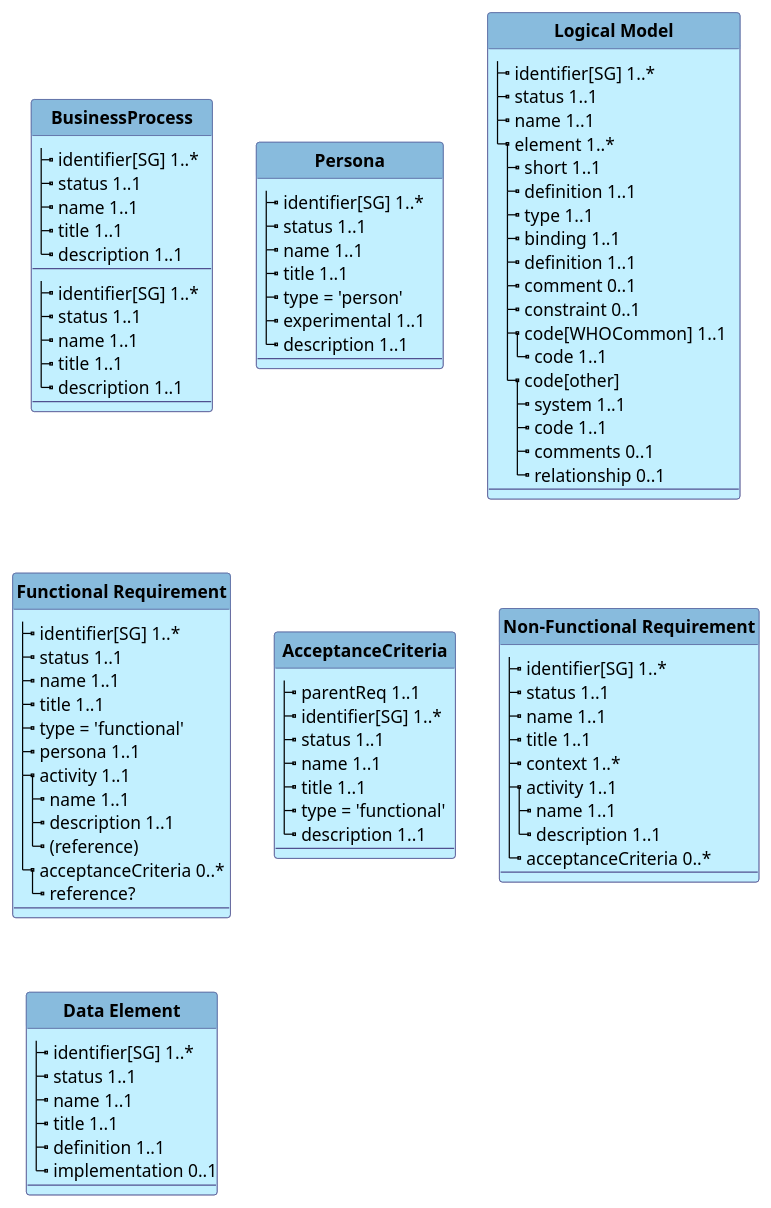
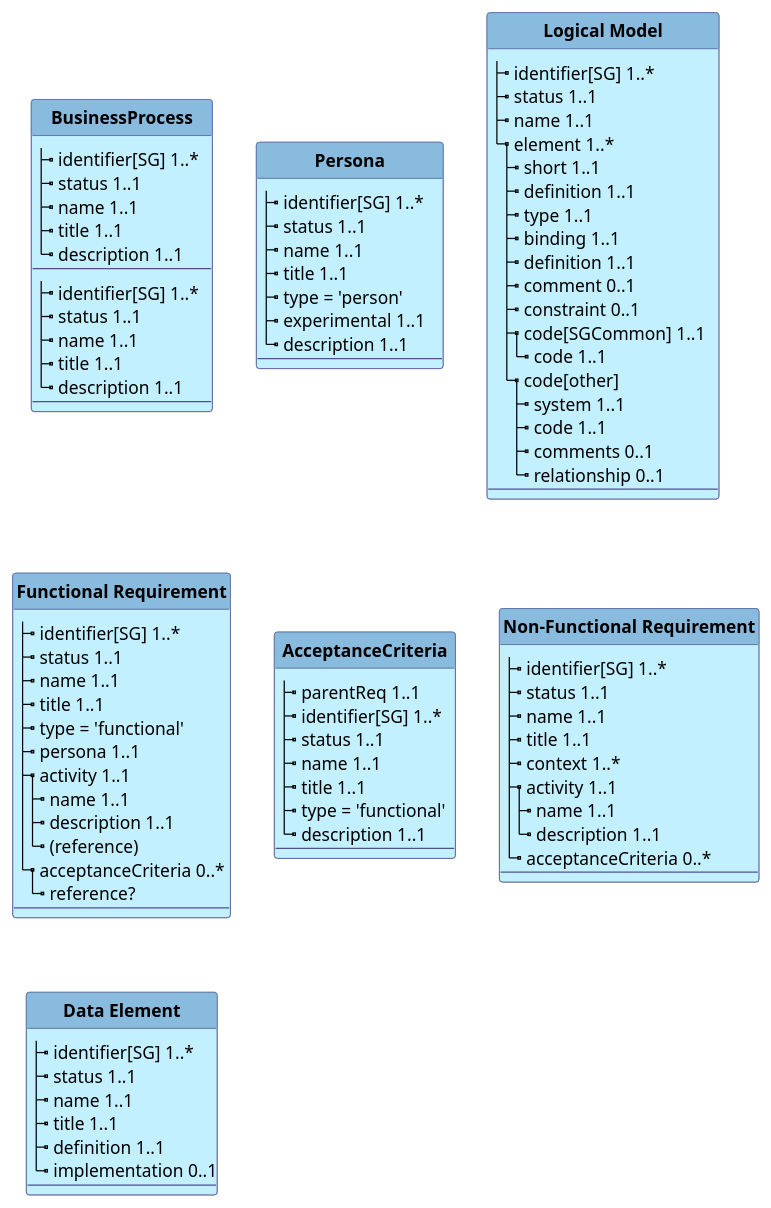
Before and after one commit to WorldHealthOrganization/smart-ig-starter-kit: the diagram in input/images-source/model_overall.plantuml, drawn with PlantUML. The commit also changed 8 other files, not shown here.

```diff
--- a/input/images-source/model_overall.plantuml
+++ b/input/images-source/model_overall.plantuml
@@ -1,131 +1,131 @@
 @startuml
 'skinparam linetype ortho
 skinparam linetype polyline
 hide circle
 hide stereotype
 
 '!pragma layout smetana
 
 skinparam class<<MD>> {
  BorderColor DarkSlateGray
  BackgroundColor WhiteSmoke
  HeaderBackgroundColor #909090
 }
 
 skinparam class<<TM>> {
  BorderColor #505090
  BackgroundColor APPLICATION
  HeaderBackgroundColor #8bd
 }
 
 class "**BusinessProcess**" as Process<<TM>> {
     |_ identifier[SG] 1..*   
     |_ status 1..1
     |_ name 1..1
     |_ title 1..1
     |_ description 1..1
     --
 }
 
 
 class "**BusinessProcess**" as Process<<TM>> {
     |_ identifier[SG] 1..*   
     |_ status 1..1
     |_ name 1..1
     |_ title 1..1
     |_ description 1..1
     --
 }
 
     class "**Persona**" as Pers<<TM>> {
         |_ identifier[SG] 1..*   
         |_ status 1..1
         |_ name 1..1
         |_ title 1..1
         |_ type = 'person'
         |_ experimental 1..1    
         |_ description 1..1
         --
     }
     class "**Logical Model**" as LM<<TM>> {
         |_ identifier[SG] 1..*   
         |_ status 1..1
         |_ name 1..1
         |_ element 1..*
           |_ short 1..1
           |_ definition 1..1
           |_ type 1..1
           |_ binding 1..1
           |_ definition 1..1
           |_ comment 0..1
           |_ constraint 0..1
-          |_ code[WHOCommon] 1..1   
+          |_ code[SGCommon] 1..1   
             |_ code 1..1
           |_ code[other]
             |_ system 1..1
             |_ code 1..1
             |_ comments 0..1
             |_ relationship 0..1
         --
     }
 
 
 
     class "**Functional Requirement**" as FReq<<TM>> {
         |_ identifier[SG] 1..*   
         |_ status 1..1
         |_ name 1..1
         |_ title 1..1
         |_ type = 'functional'
         |_ persona 1..1
         |_ activity 1..1
           |_ name 1..1
           |_ description 1..1
           |_ (reference)
  '       |_ description 1..1
         |_ acceptanceCriteria 0..*
           |_ reference?
         --
     }
 
 
     class "**AcceptanceCriteria**" as AC<<TM>> {
         |_ parentReq 1..1
         |_ identifier[SG] 1..*   
         |_ status 1..1
         |_ name 1..1
         |_ title 1..1
         |_ type = 'functional'
         |_ description 1..1
         --
     }
 
 
     class "**Non-Functional Requirement**" as NFR<<TM>> {
         |_ identifier[SG] 1..*   
         |_ status 1..1
         |_ name 1..1
         |_ title 1..1
         |_ context 1..*
         |_ activity 1..1
           |_ name 1..1
           |_ description 1..1
         |_ acceptanceCriteria 0..*
         --
     }
 
 'do we capture the CQL definition for a term, if available?
 
 
     class "**Data Element**" as DE<<TM>> {
         |_ identifier[SG] 1..*   
         |_ status 1..1
         |_ name 1..1
         |_ title 1..1
         |_ definition 1..1
         |_ implementation 0..1
         --
     }
 
 
 @enduml
```
